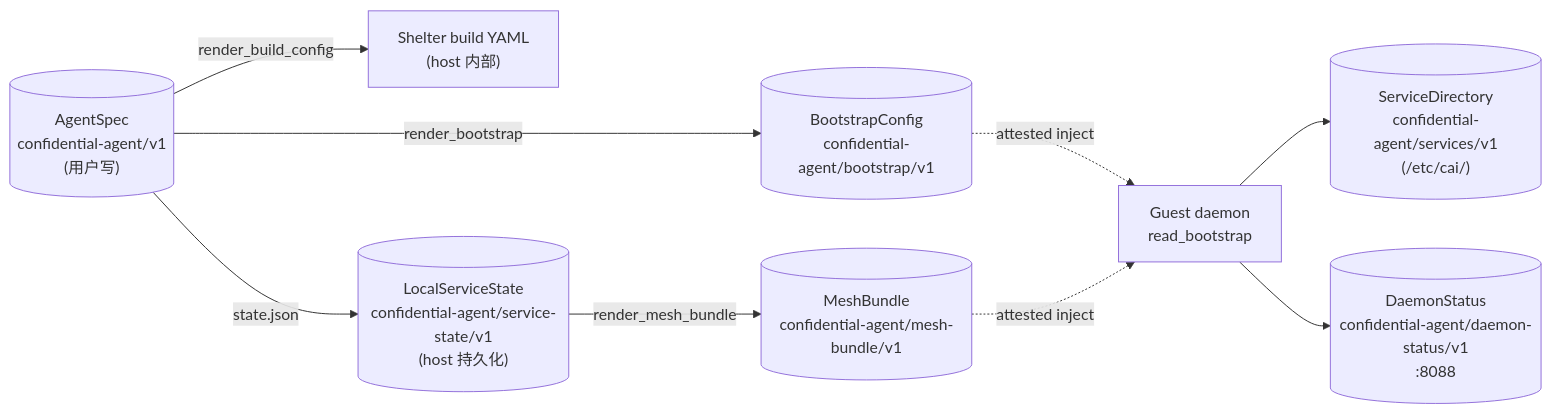
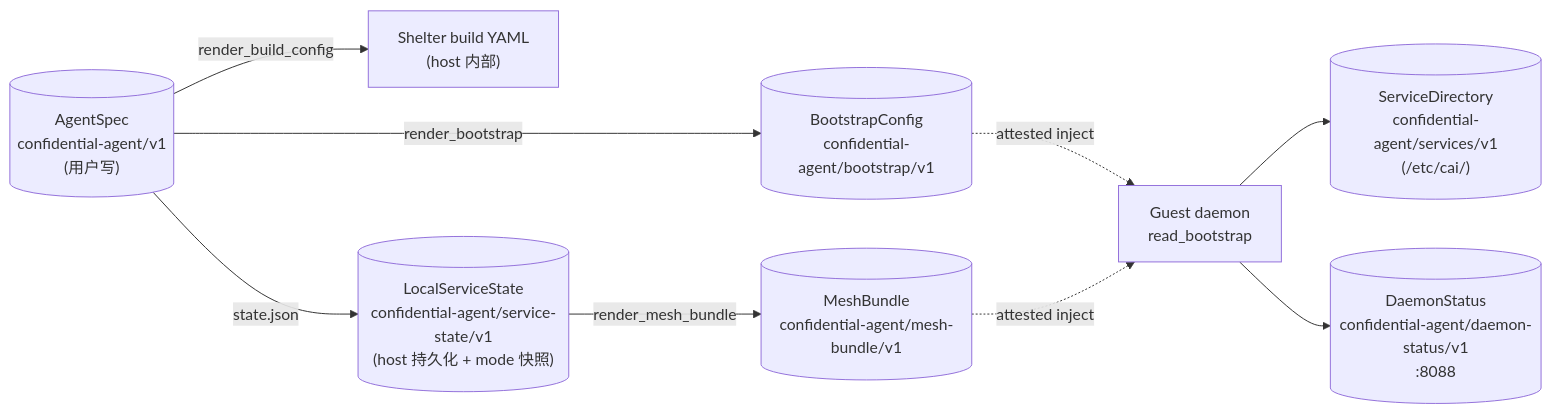
One commit to wdsun1008/confidential-agent changed the second of 7 diagrams in docs/architecture.md. Above: the diagram before and after it, drawn with Mermaid. The commit also changed other lines of this file and 3 other files, not shown here.

````diff
--- a/docs/architecture.md
+++ b/docs/architecture.md
@@ -36,13 +36,13 @@
 ```mermaid
 flowchart LR
     S[("AgentSpec<br/>confidential-agent/v1<br/>(用户写)")]
     S -->|render_build_config| SH["Shelter build YAML<br/>(host 内部)"]
     S -->|render_bootstrap| BS[("BootstrapConfig<br/>confidential-agent/bootstrap/v1")]
-    S -->|state.json| LS[("LocalServiceState<br/>confidential-agent/service-state/v1<br/>(host 持久化)")]
+    S -->|state.json| LS[("LocalServiceState<br/>confidential-agent/service-state/v1<br/>(host 持久化 + mode 快照)")]
     LS -->|render_mesh_bundle| MB[("MeshBundle<br/>confidential-agent/mesh-bundle/v1")]
 
     BS -.->|attested inject| GD["Guest daemon<br/>read_bootstrap"]
     MB -.->|attested inject| GD
     GD --> SD[("ServiceDirectory<br/>confidential-agent/services/v1<br/>(/etc/cai/)")]
     GD --> ST[("DaemonStatus<br/>confidential-agent/daemon-status/v1<br/>:8088")]
 ```
````
